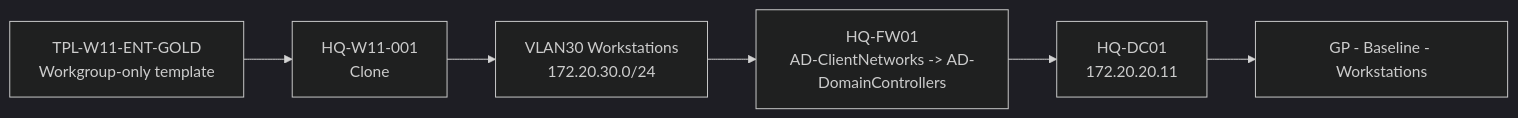
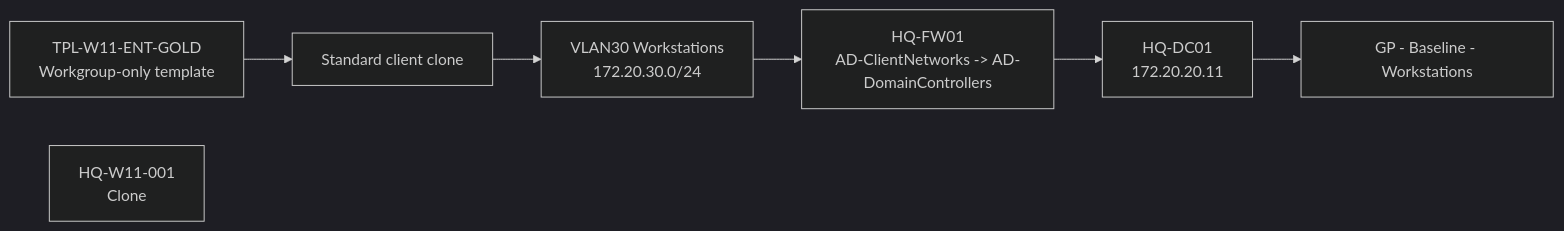
One commit to gntech-dev/geil-enterprise-docs changed the diagram in docs/platform/windows-11-domain-join-gpo-validation.md. Above: the diagram before and after it, drawn with Mermaid (dark theme). The commit also changed other lines of this file and 22 other files, not shown here.

````diff
--- a/docs/platform/windows-11-domain-join-gpo-validation.md
+++ b/docs/platform/windows-11-domain-join-gpo-validation.md
@@ -90,11 +90,11 @@
 ```mermaid
 flowchart LR
     Template[TPL-W11-ENT-GOLD\nWorkgroup-only template]
     Clone[HQ-W11-001\nClone]
     VLAN30[VLAN30 Workstations\n172.20.30.0/24]
     FW[HQ-FW01\nAD-ClientNetworks -> AD-DomainControllers]
     DC[HQ-DC01\n172.20.20.11]
     GPO[GP - Baseline - Workstations]
 
-    Template --> Clone --> VLAN30 --> FW --> DC --> GPO
+    Template --> StandardClone[Standard client clone] --> VLAN30 --> FW --> DC --> GPO
 ```
````
